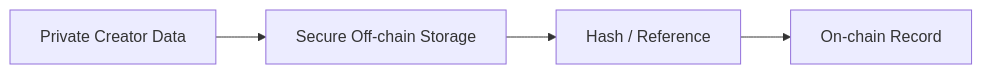
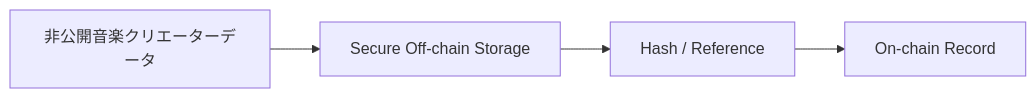
Before and after one commit to ShigeichiroYamasaki/creator-first-platform: diagram 22 of 29 in docs/whitepaper/05-creator-onboarding.md, drawn with Mermaid. The commit also changed other lines of this file and 67 other files, not shown here.

````diff
--- a/docs/whitepaper/05-creator-onboarding.md
+++ b/docs/whitepaper/05-creator-onboarding.md
@@ -688,8 +688,8 @@
 ```mermaid
 flowchart LR
-    PRIVATE[Private Creator Data]
+    PRIVATE[非公開音楽クリエーターデータ]
     PRIVATE --> SECURE[Secure Off-chain Storage]
 
     SECURE --> HASH[Hash / Reference]
     HASH --> CHAIN[On-chain Record]
 ```
````
